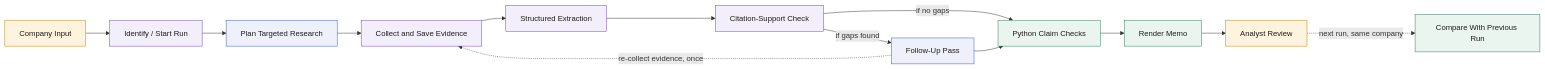
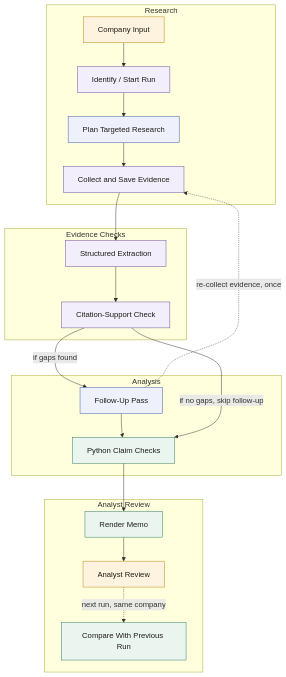
The diagram in README.md (varunm2309/firstcheque), drawn with Mermaid before and after one commit. The commit also changed other lines of this file and 15 other files, not shown here.

````diff
--- a/README.md
+++ b/README.md
@@ -85,20 +85,29 @@
 ```mermaid
-flowchart LR
-    A[Company Input]:::human --> B[Identify / Start Run]:::joint
-    B --> C[Plan Targeted Research]:::claude
-    C --> D[Collect and Save Evidence]:::joint
-    D --> E[Structured Extraction]:::joint
-    E --> F[Citation-Support Check]:::joint
-    F -- if gaps found --> G[Follow-Up Pass]:::claude
-    F -- if no gaps --> H[Python Claim Checks]:::python
+flowchart TD
+    subgraph Research
+        A[Company Input]:::human --> B[Identify / Start Run]:::joint
+        B --> C[Plan Targeted Research]:::claude
+        C --> D[Collect and Save Evidence]:::joint
+    end
+    subgraph "Evidence Checks"
+        E[Structured Extraction]:::joint --> F[Citation-Support Check]:::joint
+    end
+    subgraph Analysis
+        G[Follow-Up Pass]:::claude --> H[Python Claim Checks]:::python
+    end
+    subgraph "Analyst Review"
+        I[Render Memo]:::python --> J[Analyst Review]:::human
+        J -. next run, same company .-> K[Compare With Previous Run]:::python
+    end
+
+    D --> E
+    F -- if gaps found --> G
+    F -- if no gaps, skip follow-up --> H
     G -. re-collect evidence, once .-> D
-    G --> H
-    H --> I[Render Memo]:::python
-    I --> J[Analyst Review]:::human
-    J -. next run, same company .-> K[Compare With Previous Run]:::python
+    H --> I
 
     classDef claude fill:#eef1fb,stroke:#3a5aa8,color:#1f1c18;
     classDef python fill:#eaf5ef,stroke:#2f7a5f,color:#1f1c18;
     classDef human fill:#fdf3df,stroke:#b8860b,color:#1f1c18;
     classDef joint fill:#f3eefb,stroke:#6a4a9e,color:#1f1c18;
 ```
````
